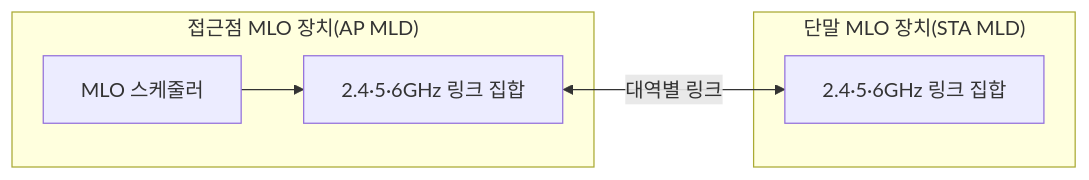
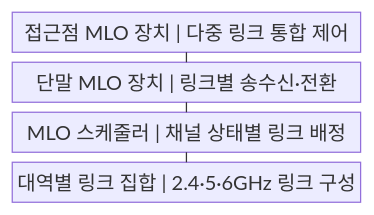
The first of 2 diagrams in src/content/docs/notes/04-network/033_wi_fi_7.md (agnusdei1207/knowledge-base), drawn with Mermaid before and after one commit. The commit also changed other lines of this file and 20 other files, not shown here.

````diff
--- a/src/content/docs/notes/04-network/033_wi_fi_7.md
+++ b/src/content/docs/notes/04-network/033_wi_fi_7.md
@@ -52,12 +52,11 @@
 ```mermaid
-flowchart LR
-  subgraph A["접근점 MLO 장치(AP MLD)"]
-    AS["MLO 스케줄러"]
-    AL["2.4·5·6GHz 링크 집합"]
-    AS --> AL
-  end
-  subgraph S["단말 MLO 장치(STA MLD)"]
-    SL["2.4·5·6GHz 링크 집합"]
-  end
-  AL <-->|"대역별 링크"| SL
+block
+    columns 1
+    A["접근점 MLO 장치 | 다중 링크 통합 제어"]
+    B["단말 MLO 장치 | 링크별 송수신·전환"]
+    C["MLO 스케줄러 | 채널 상태별 링크 배정"]
+    D["대역별 링크 집합 | 2.4·5·6GHz 링크 구성"]
+    A --- B
+    B --- C
+    C --- D
 ```
````
